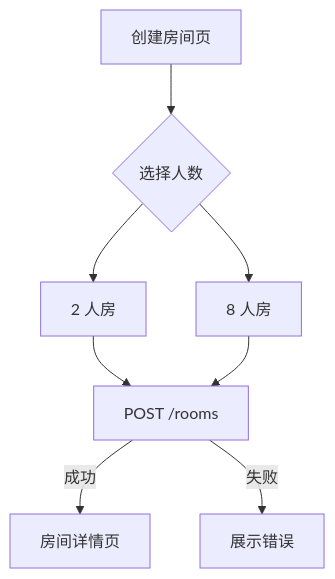
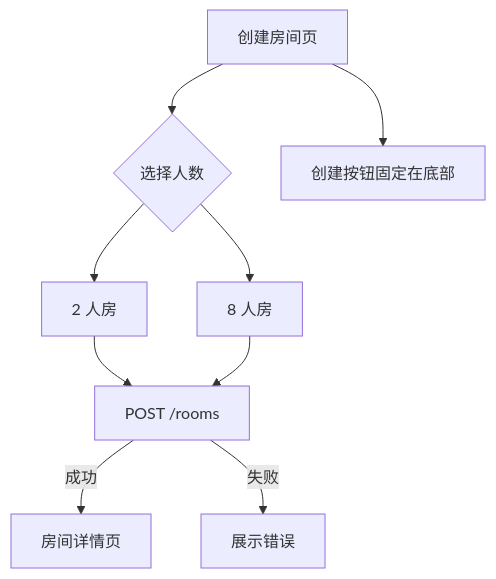
One commit to DancingCodes/room-app changed the fourth of 8 diagrams in docs/客户端逻辑设计.md. Above: the diagram before and after it, drawn with Mermaid. The commit also changed other lines of this file and 4 other files, not shown here.

````diff
--- a/docs/客户端逻辑设计.md
+++ b/docs/客户端逻辑设计.md
@@ -76,10 +76,11 @@
 ```mermaid
 flowchart TD
     A[创建房间页] --> B{选择人数}
+    A --> A1[创建按钮固定在底部]
     B --> C[2 人房]
     B --> D[8 人房]
     C --> E[POST /rooms]
     D --> E
     E -- 成功 --> F[房间详情页]
     E -- 失败 --> G[展示错误]
 ```
````
